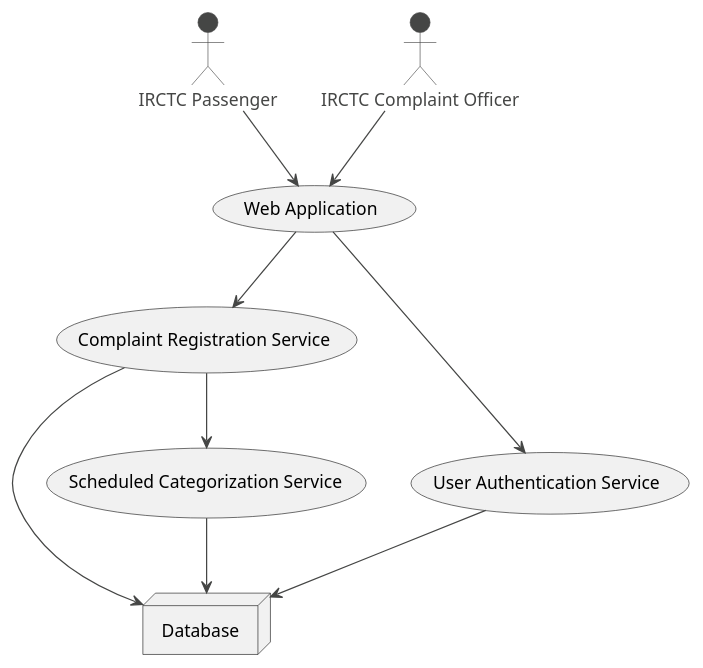
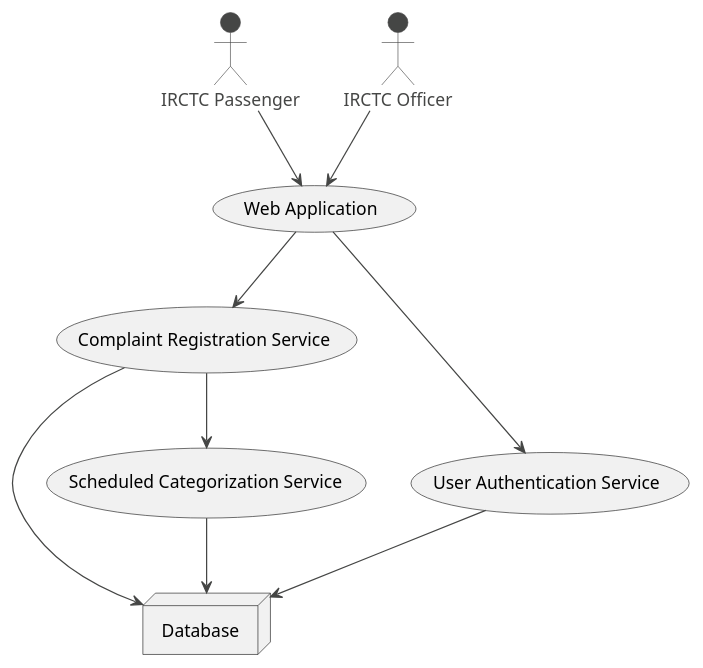
Before and after one commit to Anikate-De/rail-madad: the diagram in uml/dataflow/level_0/dataflow_l0.plantuml, drawn with PlantUML. The commit also changed 1 other file, not shown here.

```diff
--- a/uml/dataflow/level_0/dataflow_l0.plantuml
+++ b/uml/dataflow/level_0/dataflow_l0.plantuml
@@ -1,20 +1,20 @@
 @startuml
 !theme vibrant
 actor "IRCTC Passenger"
-actor "IRCTC Complaint Officer"
+actor "IRCTC Officer"
 
 "IRCTC Passenger" --> (Web Application)
-"IRCTC Complaint Officer" --> (Web Application)
+"IRCTC Officer" --> (Web Application)
 
 (Web Application) --> (Complaint Registration Service)
 (Web Application) --> (User Authentication Service)
 (Complaint Registration Service) --> (Scheduled Categorization Service)
 
 (User Authentication Service) --> (Database)
 (Scheduled Categorization Service) --> (Database)
 
 (Complaint Registration Service) --> "Database"
 
 node "Database" {
 }
 @enduml
```
